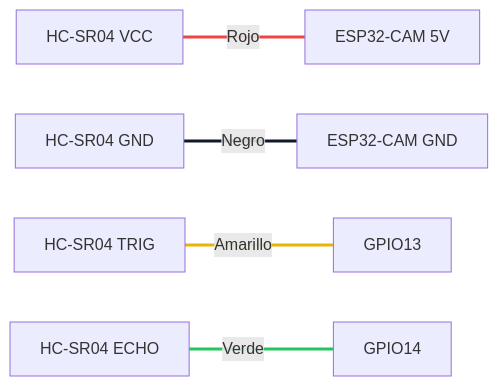
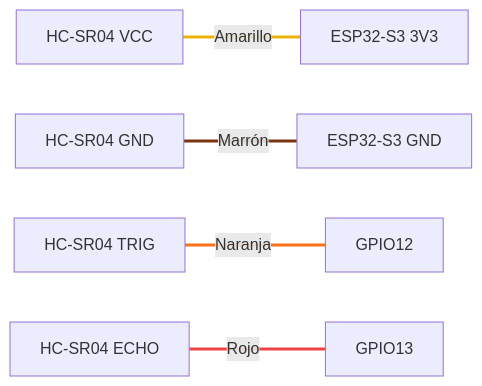
The diagram in docs/hardware.md (jose-i-rm/esp32-distance-monitoring-system), drawn with Mermaid before and after one commit. The commit also changed other lines of this file and 14 other files, not shown here.

````diff
--- a/docs/hardware.md
+++ b/docs/hardware.md
@@ -23,11 +25,11 @@
 ```mermaid
 flowchart LR
-    VCC[HC-SR04 VCC] -- Rojo --- V5[ESP32-CAM 5V]
-    GND1[HC-SR04 GND] -- Negro --- GND2[ESP32-CAM GND]
-    TRIG[HC-SR04 TRIG] -- Amarillo --- G13[GPIO13]
-    ECHO[HC-SR04 ECHO] -- Verde --- G14[GPIO14]
-    linkStyle 0 stroke:#ef4444,stroke-width:3px
-    linkStyle 1 stroke:#111827,stroke-width:3px
-    linkStyle 2 stroke:#eab308,stroke-width:3px
-    linkStyle 3 stroke:#22c55e,stroke-width:3px
+    VCC[HC-SR04 VCC] -- Amarillo --- V33[ESP32-S3 3V3]
+    GND1[HC-SR04 GND] -- Marrón --- GND2[ESP32-S3 GND]
+    TRIG[HC-SR04 TRIG] -- Naranja --- G12[GPIO12]
+    ECHO[HC-SR04 ECHO] -- Rojo --- G13[GPIO13]
+    linkStyle 0 stroke:#eab308,stroke-width:3px
+    linkStyle 1 stroke:#78350f,stroke-width:3px
+    linkStyle 2 stroke:#f97316,stroke-width:3px
+    linkStyle 3 stroke:#ef4444,stroke-width:3px
 ```
````
